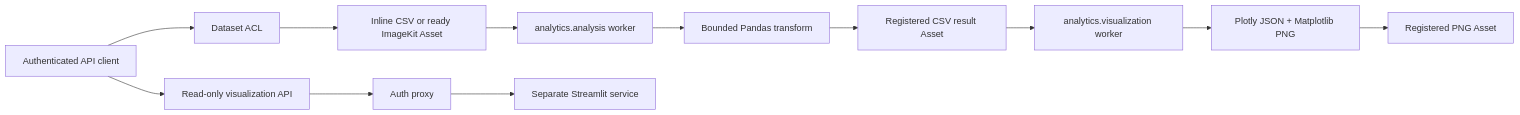
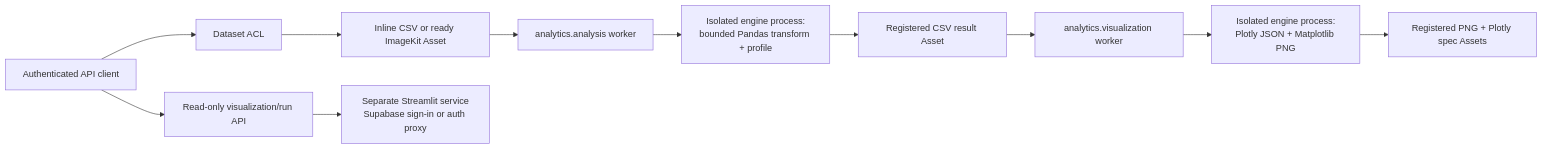
One commit to Joshua-Tihabwangye/JT-Code-AI-Backend changed the diagram in docs/DATA_ANALYSIS_AND_VISUALIZATION.md. Above: the diagram before and after it, drawn with Mermaid. The commit also changed other lines of this file and 74 other files, not shown here.

````diff
--- a/docs/DATA_ANALYSIS_AND_VISUALIZATION.md
+++ b/docs/DATA_ANALYSIS_AND_VISUALIZATION.md
@@ -11,14 +11,13 @@
 ```mermaid
 flowchart LR
     A[Authenticated API client] --> B[Dataset ACL]
     B --> C[Inline CSV or ready ImageKit Asset]
     C --> D[analytics.analysis worker]
-    D --> E[Bounded Pandas transform]
+    D --> E[Isolated engine process:<br/>bounded Pandas transform + profile]
     E --> F[Registered CSV result Asset]
     F --> G[analytics.visualization worker]
-    G --> H[Plotly JSON + Matplotlib PNG]
-    H --> I[Registered PNG Asset]
-    A --> J[Read-only visualization API]
-    J --> K[Auth proxy]
-    K --> L[Separate Streamlit service]
+    G --> H[Isolated engine process:<br/>Plotly JSON + Matplotlib PNG]
+    H --> I[Registered PNG + Plotly spec Assets]
+    A --> J[Read-only visualization/run API]
+    J --> L[Separate Streamlit service<br/>Supabase sign-in or auth proxy]
 ```
````
